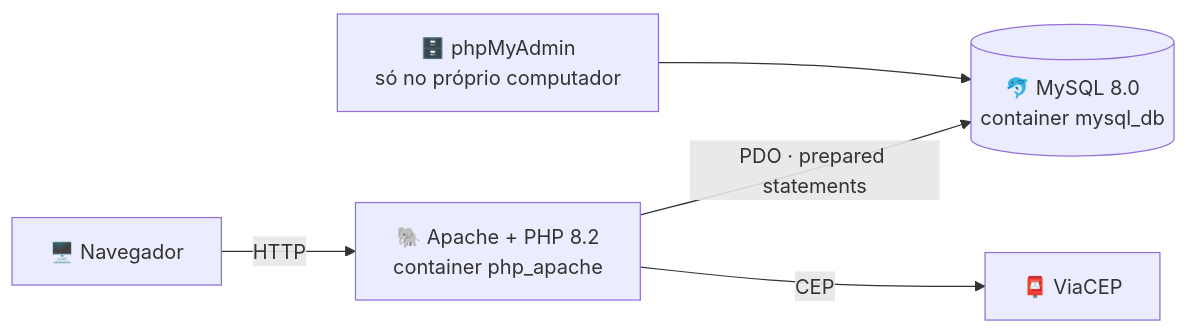
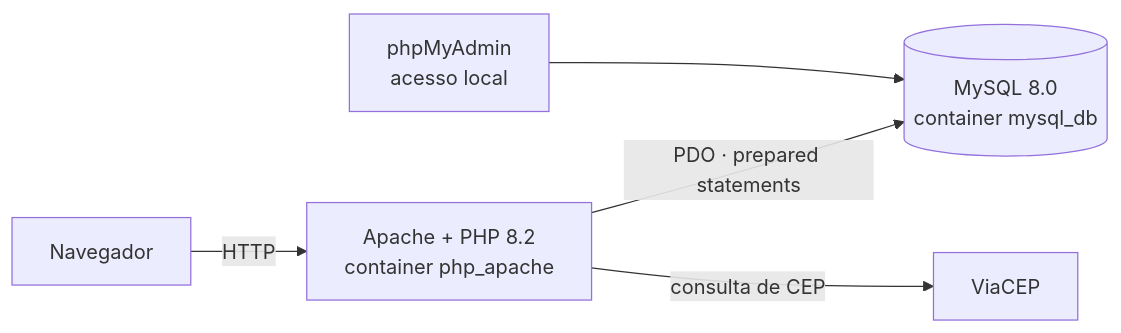
Before and after one commit to karlakcvs/ProjetoClinicaOdontologica2026: the first of 2 diagrams in README-com-imagens/README.md, drawn with Mermaid. The commit also changed other lines of this file and 23 other files, not shown here.

````diff
--- a/README-com-imagens/README.md
+++ b/README-com-imagens/README.md
@@ -178,7 +150,7 @@
 ```mermaid
 flowchart LR
-    N[🖥️ Navegador] -->|HTTP| W[🐘 Apache + PHP 8.2<br>container php_apache]
-    W -->|PDO · prepared statements| DB[(🐬 MySQL 8.0<br>container mysql_db)]
-    PMA[🗄️ phpMyAdmin<br>só no próprio computador] --> DB
-    W -->|CEP| V[📮 ViaCEP]
+    N[Navegador] -->|HTTP| W[Apache + PHP 8.2<br>container php_apache]
+    W -->|PDO · prepared statements| DB[(MySQL 8.0<br>container mysql_db)]
+    PMA[phpMyAdmin<br>acesso local] --> DB
+    W -->|consulta de CEP| V[ViaCEP]
 ```
````
